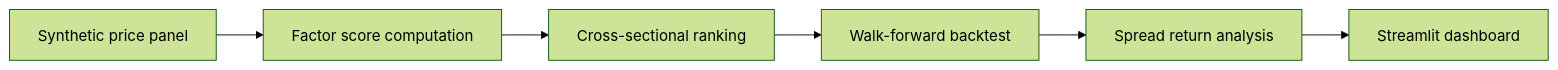
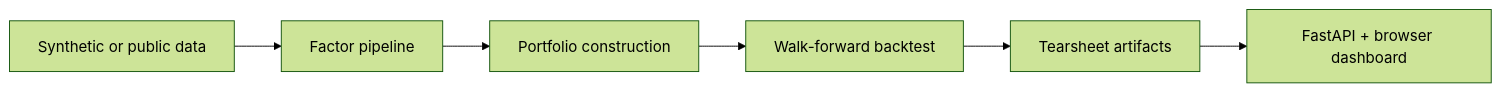
The diagram in README.md (fatimmajumder/quant-research-lab), drawn with Mermaid (forest theme) before and after one commit. The commit also changed other lines of this file and 10 other files, not shown here.

````diff
--- a/README.md
+++ b/README.md
@@ -28,8 +37,8 @@
 ```mermaid
 flowchart LR
-    A["Synthetic price panel"] --> B["Factor score computation"]
-    B --> C["Cross-sectional ranking"]
+    A["Synthetic or public data"] --> B["Factor pipeline"]
+    B --> C["Portfolio construction"]
     C --> D["Walk-forward backtest"]
-    D --> E["Spread return analysis"]
-    E --> F["Streamlit dashboard"]
+    D --> E["Tearsheet artifacts"]
+    E --> F["FastAPI + browser dashboard"]
 ```
````
